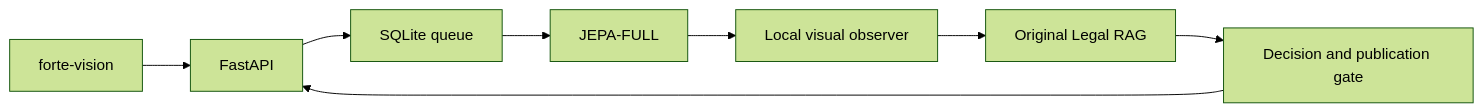
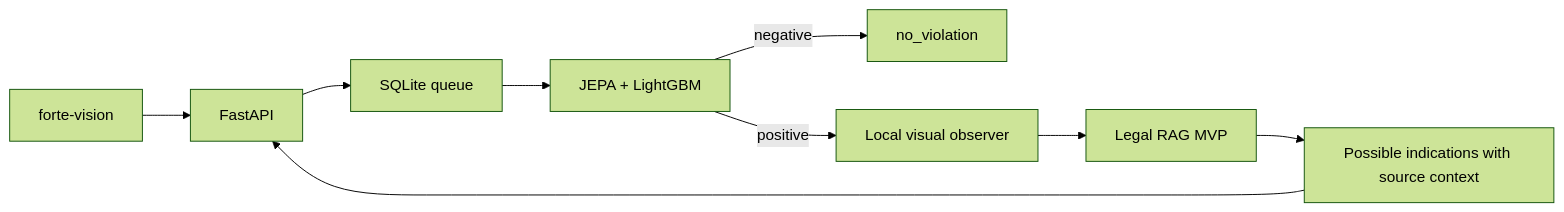
One commit to winux125/data-for-winux changed the diagram in README.md. Above: the diagram before and after it, drawn with Mermaid (forest theme). The commit also changed other lines of this file and 109 other files, not shown here.

Commit message:
Integrate JEPA-LGBM and stabilize Qwen Legal RAG API

````diff
--- a/README.md
+++ b/README.md
@@ -22,10 +26,11 @@
 ```mermaid
 flowchart LR
     UI[forte-vision] --> API[FastAPI]
     API --> Q[SQLite queue]
-    Q --> J[JEPA-FULL]
-    J --> V[Local visual observer]
-    V --> R[Original Legal RAG]
-    R --> G[Decision and publication gate]
+    Q --> J[JEPA + LightGBM]
+    J -->|negative| N[no_violation]
+    J -->|positive| V[Local visual observer]
+    V --> R[Legal RAG MVP]
+    R --> G[Possible indications with source context]
     G --> API
 ```
````
